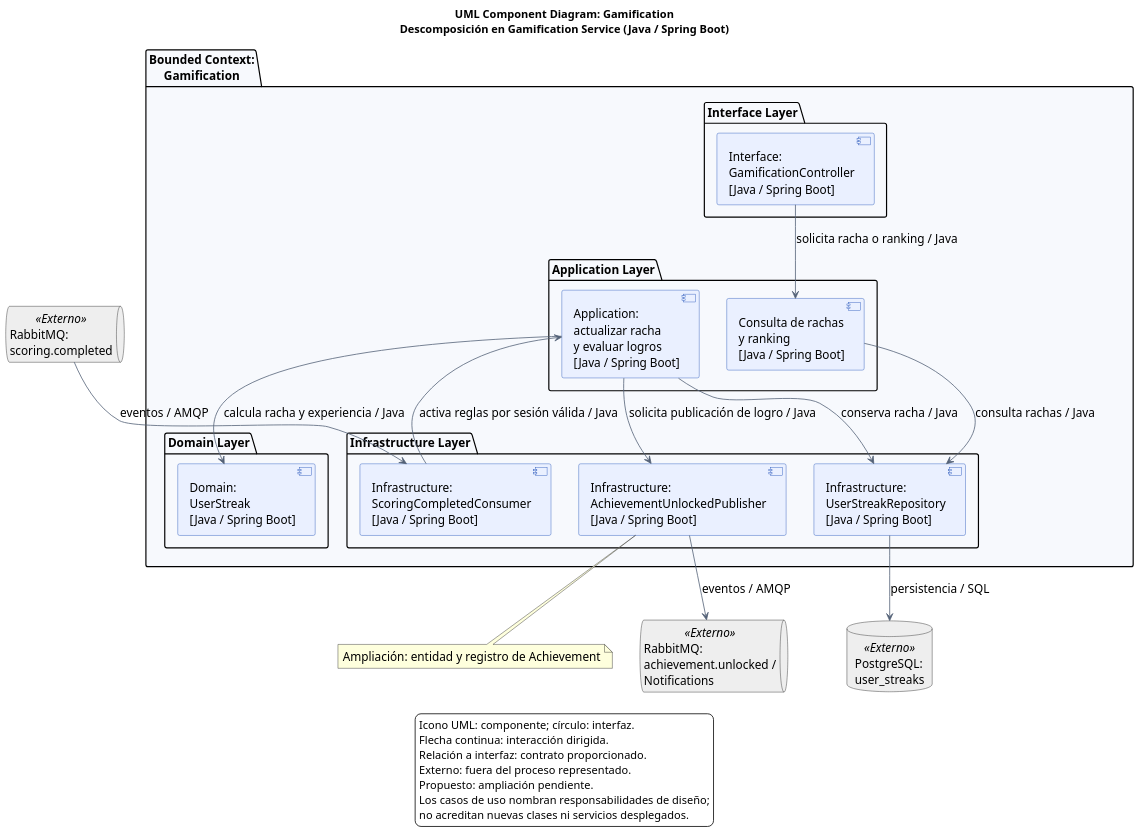
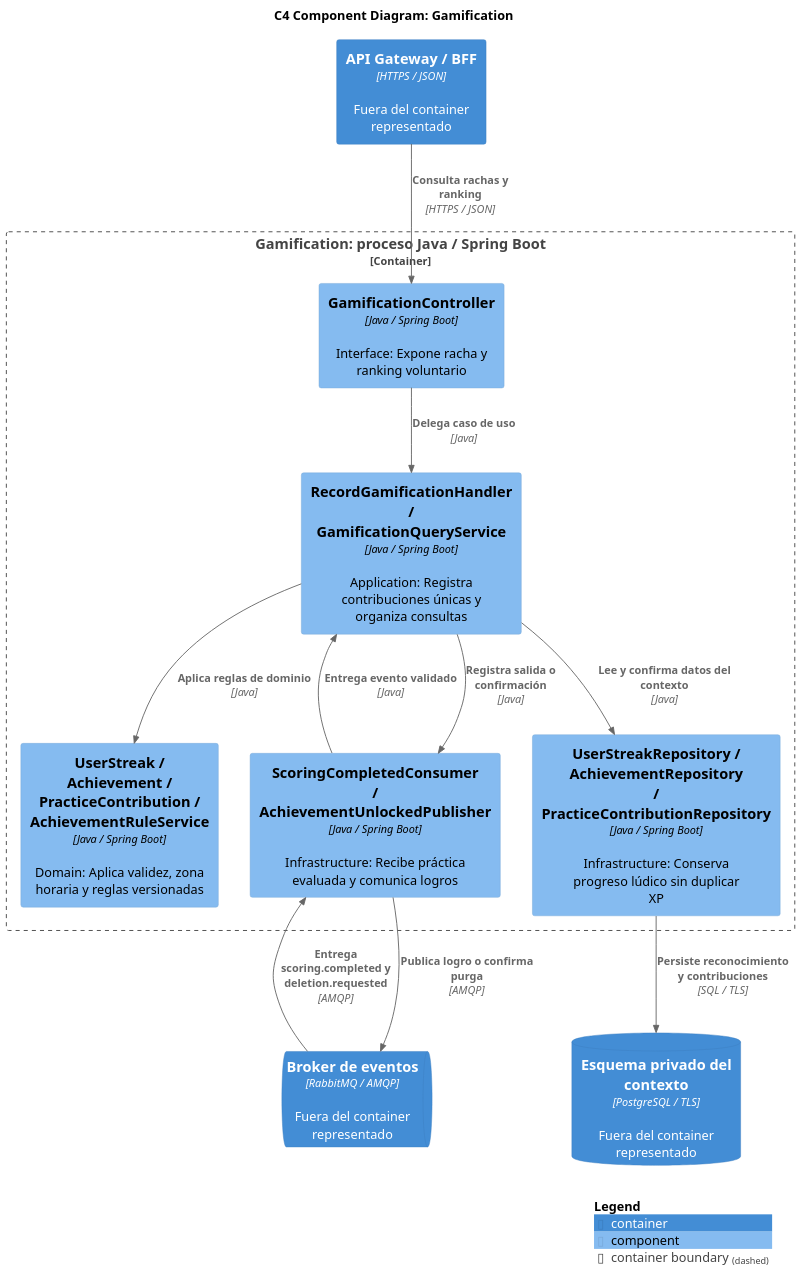
Before and after one commit to upc-pre-202620-si728-16365-thropic/talki-project-report: the diagram in assets/diagrams/tactical/07-gamification-components.puml, drawn with PlantUML. The commit also changed 6 other files, not shown here.

```diff
--- a/assets/diagrams/tactical/07-gamification-components.puml
+++ b/assets/diagrams/tactical/07-gamification-components.puml
@@ -1,57 +1,27 @@
 @startuml
+!include <C4/C4_Component>
 skinparam defaultFontName Arial
-skinparam defaultFontSize 15
-skinparam shadowing false
-skinparam componentStyle uml2
-skinparam backgroundColor white
-skinparam componentBackgroundColor #EAF0FF
-skinparam componentBorderColor #1749B5
-skinparam ArrowColor #536177
-skinparam packageBackgroundColor #F7F9FD
-skinparam dpi 130
-title
-UML Component Diagram: Gamification
-Descomposición en Gamification Service (Java / Spring Boot)
-end title
-queue "RabbitMQ:\nscoring.completed" as broker <<Externo>> #EEEEEE
-database "PostgreSQL:\nuser_streaks" as db <<Externo>> #EEEEEE
-queue "RabbitMQ:\nachievement.unlocked /\nNotifications" as notices <<Externo>> #EEEEEE
-package "Bounded Context:\nGamification" {
-  package "Interface Layer" {
-    component "Interface:\nGamificationController\n[Java / Spring Boot]" as input
-  }
-  package "Application Layer" {
-    component "Consulta de rachas\ny ranking\n[Java / Spring Boot]" as query
-    component "Application:\nactualizar racha\ny evaluar logros\n[Java / Spring Boot]" as app
-  }
-  package "Domain Layer" {
-    component "Domain:\nUserStreak\n[Java / Spring Boot]" as model
-  }
-  package "Infrastructure Layer" {
-    component "Infrastructure:\nUserStreakRepository\n[Java / Spring Boot]" as repo
-    component "Infrastructure:\nScoringCompletedConsumer\n[Java / Spring Boot]" as consumer
-    component "Infrastructure:\nAchievementUnlockedPublisher\n[Java / Spring Boot]" as pub
-  }
+skinparam dpi 150
+LAYOUT_TOP_DOWN()
+title C4 Component Diagram: Gamification
+Container(bff, "API Gateway / BFF", "HTTPS / JSON", "Fuera del container representado")
+ContainerQueue(bus, "Broker de eventos", "RabbitMQ / AMQP", "Fuera del container representado")
+ContainerDb(db, "Esquema privado del contexto", "PostgreSQL / TLS", "Fuera del container representado")
+Container_Boundary(scope, "Gamification: proceso Java / Spring Boot") {
+  Component(api, "GamificationController", "Java / Spring Boot", "Interface: Expone racha y ranking voluntario")
+  Component(app, "RecordGamificationHandler / GamificationQueryService", "Java / Spring Boot", "Application: Registra contribuciones únicas y organiza consultas")
+  Component(rules, "UserStreak / Achievement / PracticeContribution / AchievementRuleService", "Java / Spring Boot", "Domain: Aplica validez, zona horaria y reglas versionadas")
+  Component(repo, "UserStreakRepository / AchievementRepository / PracticeContributionRepository", "Java / Spring Boot", "Infrastructure: Conserva progreso lúdico sin duplicar XP")
+  Component(messaging, "ScoringCompletedConsumer / AchievementUnlockedPublisher", "Java / Spring Boot", "Infrastructure: Recibe práctica evaluada y comunica logros")
 }
-input --> query : solicita racha o ranking / Java
-query --> repo : consulta rachas / Java
-broker --> consumer : eventos / AMQP
-consumer --> app : activa reglas por sesión válida / Java
-app --> model : calcula racha y experiencia / Java
-app --> repo : conserva racha / Java
-repo --> db : persistencia / SQL
-app --> pub : solicita publicación de logro / Java
-pub --> notices : eventos / AMQP
-note bottom
-Ampliación: entidad y registro de Achievement
-end note
-legend bottom
-Icono UML: componente; círculo: interfaz.
-Flecha continua: interacción dirigida.
-Relación a interfaz: contrato proporcionado.
-Externo: fuera del proceso representado.
-Propuesto: ampliación pendiente.
-Los casos de uso nombran responsabilidades de diseño;
-no acreditan nuevas clases ni servicios desplegados.
-endlegend
+Rel(api, app, "Delega caso de uso", "Java")
+Rel(messaging, app, "Entrega evento validado", "Java")
+Rel(app, rules, "Aplica reglas de dominio", "Java")
+Rel(app, repo, "Lee y confirma datos del contexto", "Java")
+Rel(app, messaging, "Registra salida o confirmación", "Java")
+Rel(bff, api, "Consulta rachas y ranking", "HTTPS / JSON")
+Rel(bus, messaging, "Entrega scoring.completed y deletion.requested", "AMQP")
+Rel(messaging, bus, "Publica logro o confirma purga", "AMQP")
+Rel(repo, db, "Persiste reconocimiento y contribuciones", "SQL / TLS")
+SHOW_LEGEND()
 @enduml
```
